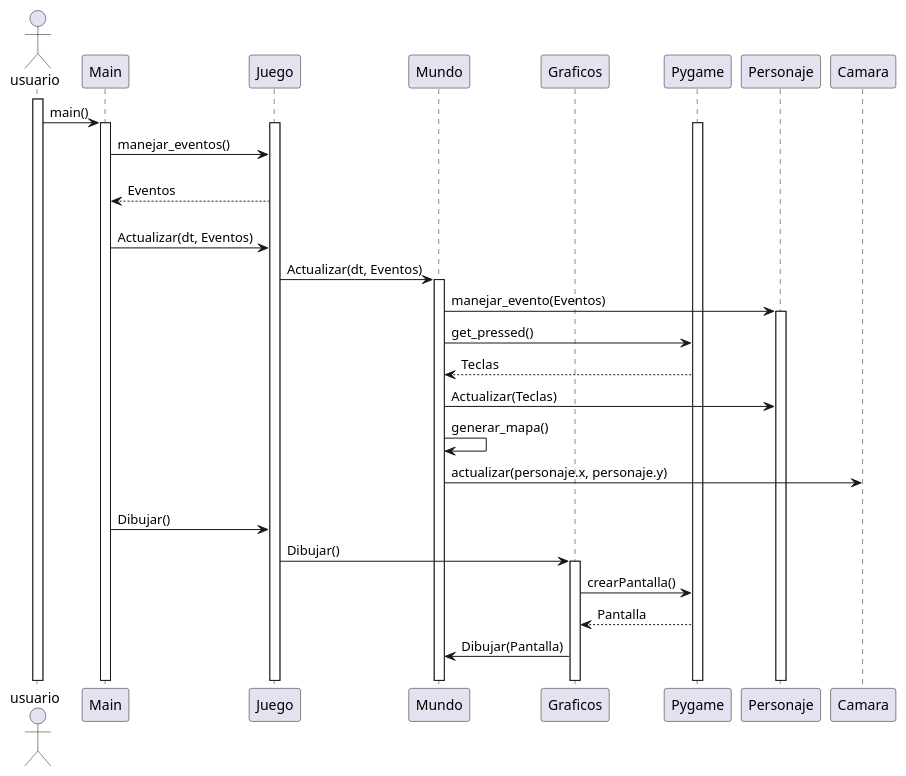
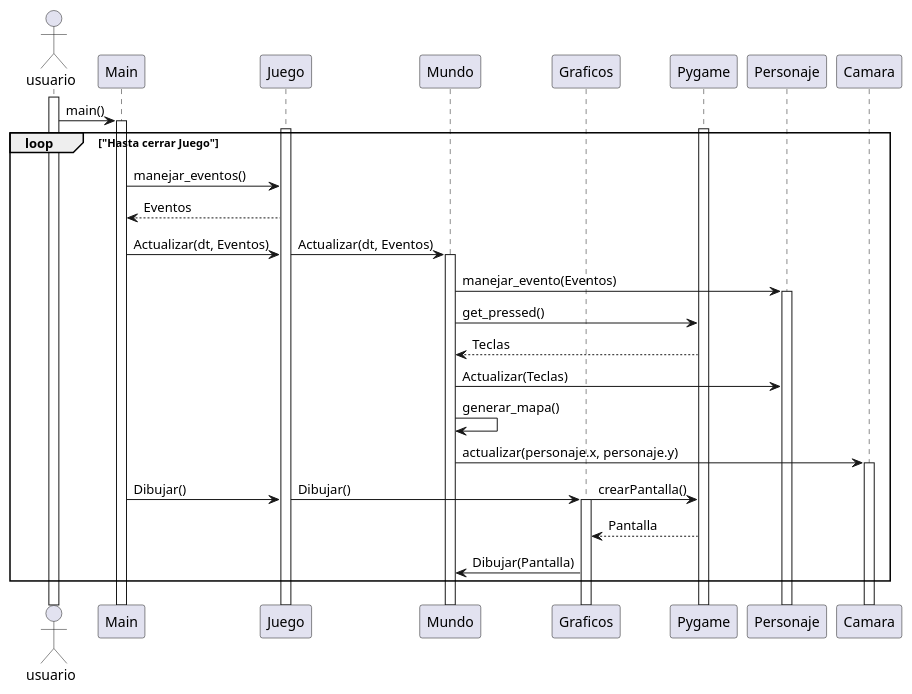
One commit to JosiasTomasnanez/SatisPlanning-game changed the diagram in doc/secuencia.puml. Above: the diagram before and after it, drawn with PlantUML.

Commit message:
Comenzando Diagrama de secuencia

```diff
--- a/doc/secuencia.puml
+++ b/doc/secuencia.puml
@@ -1,41 +1,47 @@
 @startuml DiagrmaSecuencia
+!pragma teoz true
 actor usuario
 participant Main
 participant Juego
 participant Mundo
 participant Graficos
 participant Pygame
-
 activate usuario
-
 usuario -> Main : main()
 activate Main
 activate Juego
 activate Pygame
 
-Main -> Juego : manejar_eventos()
-||15||
-Main <-- Juego: Eventos
-||15||
-Main -> Juego : Actualizar(dt, Eventos)
-Juego-> Mundo : Actualizar(dt, Eventos)
-activate Mundo
-Mundo -> Personaje: manejar_evento(Eventos)
-activate Personaje
-Mundo -> Pygame : get_pressed()
-Mundo <-- Pygame : Teclas
-Mundo -> Personaje: Actualizar(Teclas)
-Mundo -> Mundo : generar_mapa()
-Mundo -> Camara : actualizar(personaje.x, personaje.y)
-||15||
-Main -> Juego : Dibujar()
-Juego -> Graficos : Dibujar()
-activate Graficos
-Graficos -> Pygame: crearPantalla()
-Graficos <-- Pygame: Pantalla
-Graficos -> Mundo: Dibujar(Pantalla)
-||15||
+loop "Hasta cerrar Juego"
+    Main -> Juego : manejar_eventos()
+    Main <-- Juego: Eventos
+    ||5||
+    Main -> Juego : Actualizar(dt, Eventos) 
+    & Juego-> Mundo : Actualizar(dt, Eventos)
+    activate Mundo
+    ||5||
+    Mundo -> Personaje: manejar_evento(Eventos)
+    activate Personaje
+    Mundo -> Pygame : get_pressed()
+    Mundo <-- Pygame : Teclas
+    Mundo -> Personaje: Actualizar(Teclas)
+    Mundo -> Mundo : generar_mapa()
+    Mundo -> Camara : actualizar(personaje.x, personaje.y)
+    activate Camara
+    ||5||
+    Main -> Juego : Dibujar()
+    & Juego -> Graficos : Dibujar() 
+    activate Graficos
+    & Graficos -> Pygame: crearPantalla()
+    ||5||
+    Graficos <-- Pygame: Pantalla
+    ||5||
+    Graficos -> Mundo: Dibujar(Pantalla)
+end
+    
+
+
 
 
 
 @enduml
```
